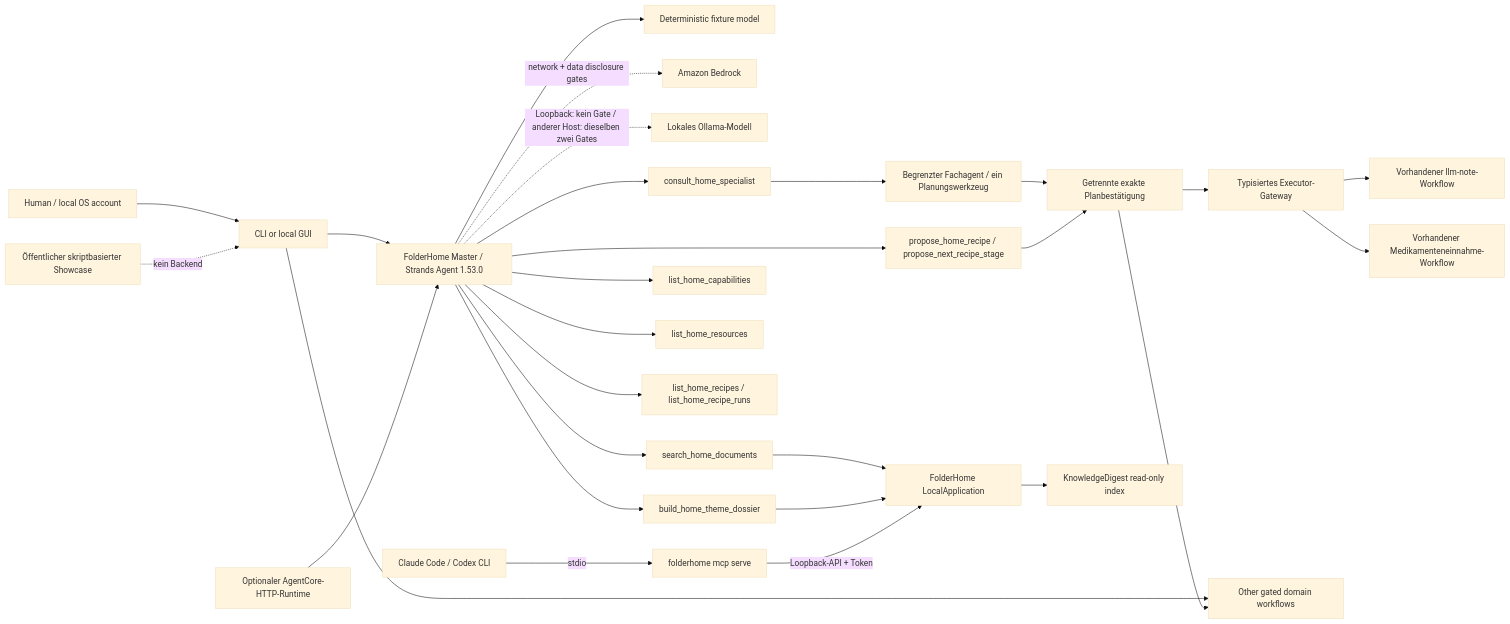
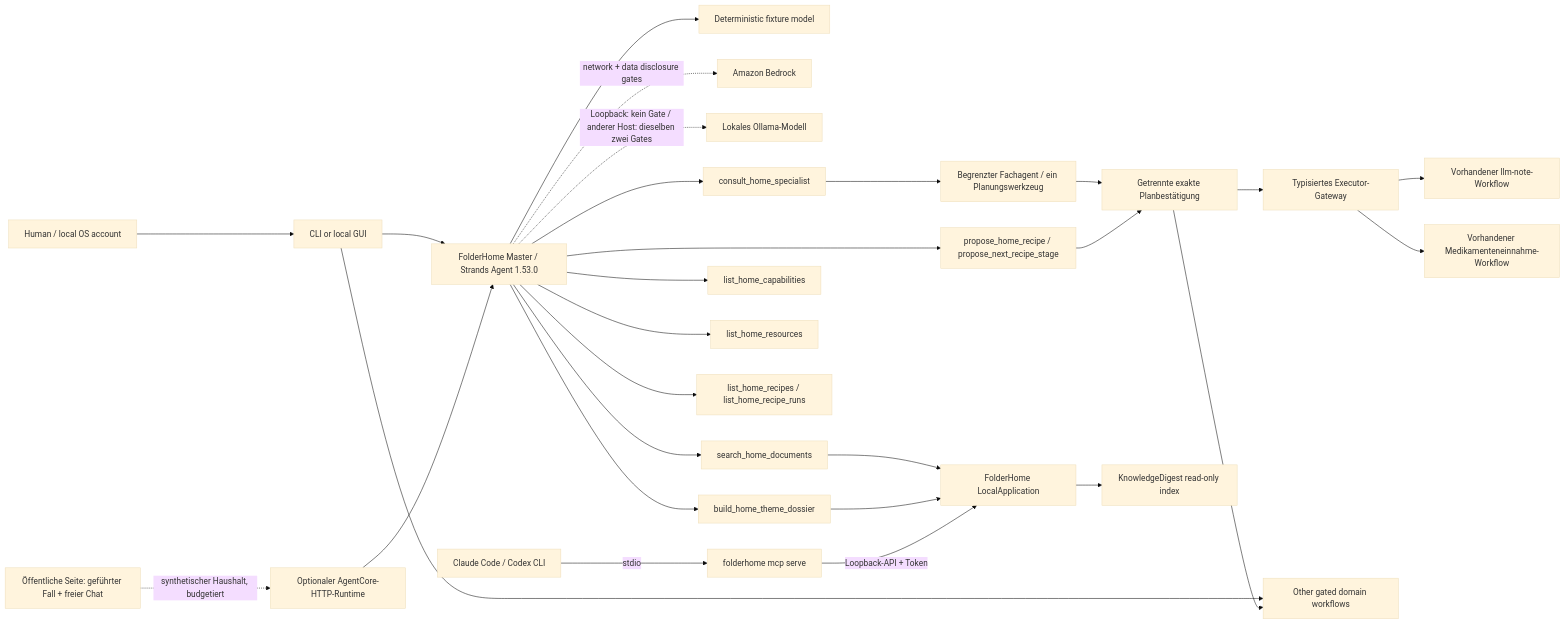
The diagram in README.de.md (ellmos-ai/FolderHome), drawn with Mermaid (base theme) before and after one commit. The commit also changed 4 other files, not shown here.

First line of the commit message:
feat(site): fifth slide 'System map' from the README diagram; public page edge points at the hosted runtime

````diff
--- a/README.de.md
+++ b/README.de.md
@@ -105,30 +105,30 @@
 ```mermaid
 flowchart LR
   H[Human / local OS account] --> UI[CLI or local GUI]
   UI --> A[FolderHome Master / Strands Agent 1.53.0]
-  PUB[Öffentlicher skriptbasierter Showcase] -. kein Backend .-> UI
+  PUB[Öffentliche Seite: geführter Fall + freier Chat] -. synthetischer Haushalt, budgetiert .-> AC
   AC[Optionaler AgentCore-HTTP-Runtime] --> A
   A --> F[Deterministic fixture model]
   A -. network + data disclosure gates .-> B[Amazon Bedrock]
   A -. Loopback: kein Gate / anderer Host: dieselben zwei Gates .-> O[Lokales Ollama-Modell]
   A --> S[search_home_documents]
   A --> D[build_home_theme_dossier]
   A --> C[list_home_capabilities]
   A --> Resources[list_home_resources]
   A --> Recipes[list_home_recipes / list_home_recipe_runs]
   A --> RecipePlan[propose_home_recipe / propose_next_recipe_stage]
   A --> X[consult_home_specialist]
   X --> P[Begrenzter Fachagent / ein Planungswerkzeug]
   P --> Review[Getrennte exakte Planbestätigung]
   RecipePlan --> Review
   Review --> E[Typisiertes Executor-Gateway]
   E --> N[Vorhandener llm-note-Workflow]
   E --> M[Vorhandener Medikamenteneinnahme-Workflow]
   S --> L[FolderHome LocalApplication]
   D --> L
   L --> K[KnowledgeDigest read-only index]
   MCP[Claude Code / Codex CLI] -- stdio --> PX[folderhome mcp serve]
   PX -- Loopback-API + Token --> L
   UI --> W[Other gated domain workflows]
   Review --> W
 ```
````
